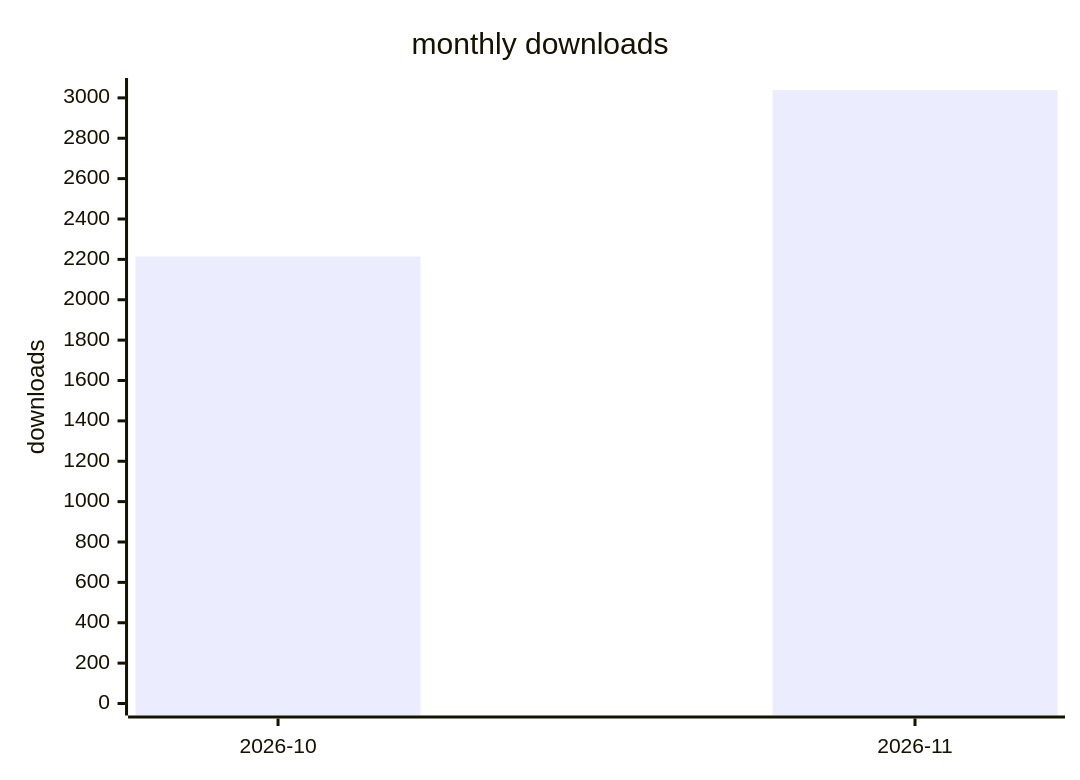
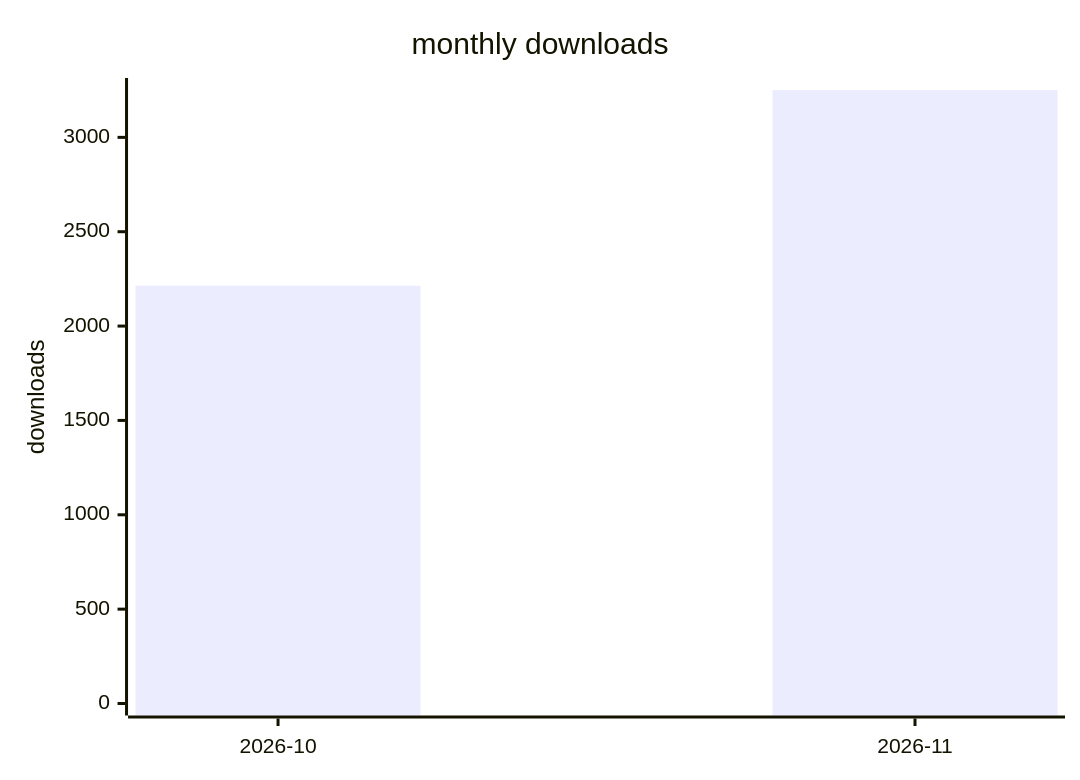
One commit to terry2010/dsh-rss-news-daily changed the second of 2 diagrams in docs/downloads-2026.md. Above: the diagram before and after it, drawn with Mermaid. The commit also changed other lines of this file and 1 other file, not shown here.

````diff
--- a/docs/downloads-2026.md
+++ b/docs/downloads-2026.md
@@ -29,7 +29,7 @@
 ```mermaid
 xychart-beta
     title "monthly downloads"
     x-axis ["2026-10", "2026-11"]
-    y-axis "downloads" 0 --> 3039
-    bar [2214, 3039]
+    y-axis "downloads" 0 --> 3251
+    bar [2214, 3251]
 ```
````
